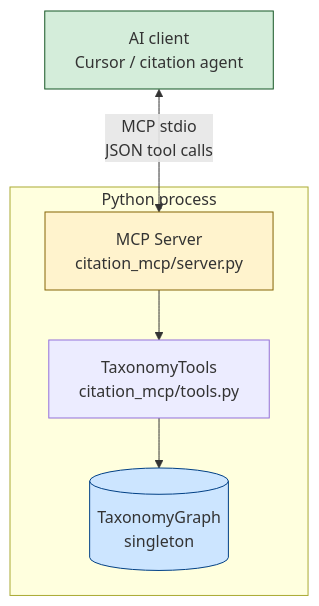
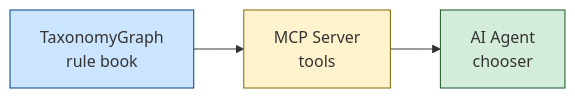
The second of 2 diagrams in TAXONOMY_MCP_FLOW.md (dakshkashyap/financial-audit-capstone), drawn with Mermaid before and after one commit. The commit also changed other lines of this file, not shown here.

First line of the commit message:
Simplify Taxonomy MCP flow doc to a single walkthrough.

````diff
--- a/TAXONOMY_MCP_FLOW.md
+++ b/TAXONOMY_MCP_FLOW.md
@@ -118,16 +49,9 @@
 ```mermaid
-flowchart TB
-    subgraph Python["Python process"]
-        TG[(TaxonomyGraph<br/>singleton)]
-        TT[TaxonomyTools<br/>citation_mcp/tools.py]
-        SV[MCP Server<br/>citation_mcp/server.py]
-        TT --> TG
-        SV --> TT
-    end
-
-    CLIENT[AI client<br/>Cursor / citation agent] <-->|MCP stdio<br/>JSON tool calls| SV
+flowchart LR
+    TG["TaxonomyGraph<br/>rule book"] --> MCP["MCP Server<br/>tools"]
+    MCP --> AG["AI Agent<br/>chooser"]
 
     style TG fill:#cce5ff,stroke:#004085
-    style SV fill:#fff3cd,stroke:#856404
-    style CLIENT fill:#d4edda,stroke:#155724
+    style MCP fill:#fff3cd,stroke:#856404
+    style AG fill:#d4edda,stroke:#155724
 ```
````
